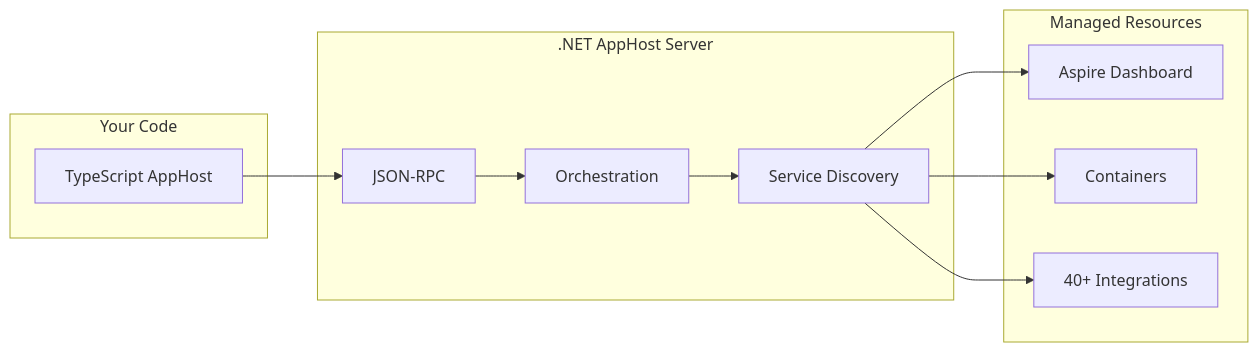
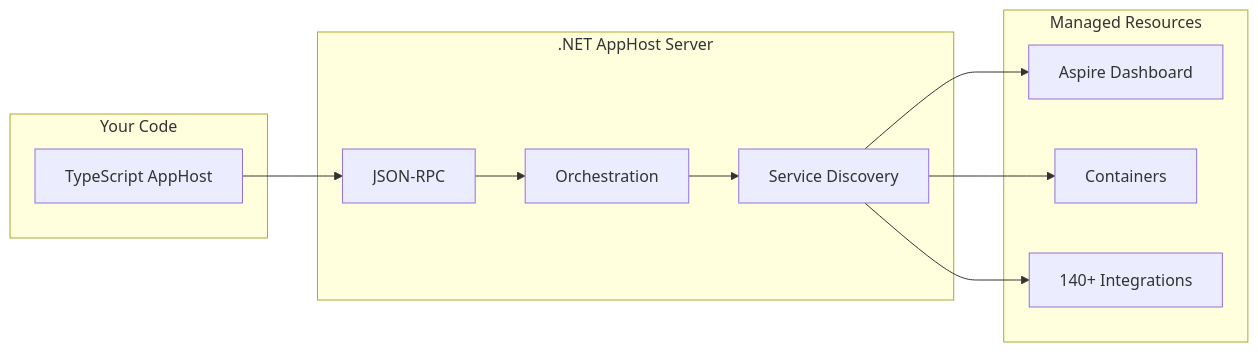
The diagram in src/frontend/src/content/docs/app-host/polyglot-apphost.mdx (microsoft/aspire.dev), drawn with Mermaid before and after one commit. The commit also changed other lines of this file, not shown here.

````diff
--- a/src/frontend/src/content/docs/app-host/polyglot-apphost.mdx
+++ b/src/frontend/src/content/docs/app-host/polyglot-apphost.mdx
@@ -56,23 +56,23 @@
 ```mermaid
 flowchart LR
     subgraph YourCode["Your Code"]
         TS["TypeScript AppHost"]
     end
 
     subgraph Server[".NET AppHost Server"]
         RPC["JSON-RPC"]
         ORCH["Orchestration"]
         SD["Service Discovery"]
     end
 
     subgraph Resources["Managed Resources"]
         DASH["Aspire Dashboard"]
         CONT["Containers"]
-        INT["40+ Integrations"]
+        INT["140+ Integrations"]
     end
 
     TS --> RPC
     RPC --> ORCH
     ORCH --> SD
     SD --> DASH & CONT & INT
 ```
````
